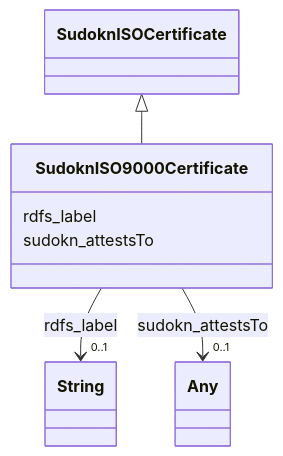
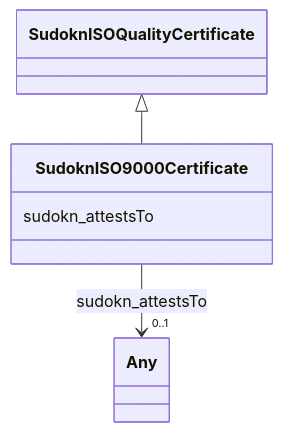
Before and after one commit to frink-okn/graph-descriptions: the diagram in sudokn-kg/classes/SudoknISO9000Certificate.md, drawn with Mermaid. The commit also changed other lines of this file and 903 other files, not shown here.

````diff
--- a/sudokn-kg/classes/SudoknISO9000Certificate.md
+++ b/sudokn-kg/classes/SudoknISO9000Certificate.md
@@ -23,27 +18,18 @@
 ```mermaid
  classDiagram
     class SudoknISO9000Certificate
     click SudoknISO9000Certificate href "../SudoknISO9000Certificate"
-      SudoknISOCertificate <|-- SudoknISO9000Certificate
-        click SudoknISOCertificate href "../SudoknISOCertificate"
+      SudoknISOQualityCertificate <|-- SudoknISO9000Certificate
+        click SudoknISOQualityCertificate href "../SudoknISOQualityCertificate"
       
-      SudoknISO9000Certificate : rdfs_label
-        
-          
-    
-    
-    SudoknISO9000Certificate --> "0..1" String : rdfs_label
-    click String href "../String"
-
-        
       SudoknISO9000Certificate : sudokn_attestsTo
         
           
     
     
     SudoknISO9000Certificate --> "0..1" Any : sudokn_attestsTo
     click Any href "../Any"
 
         
       
 ```
````
